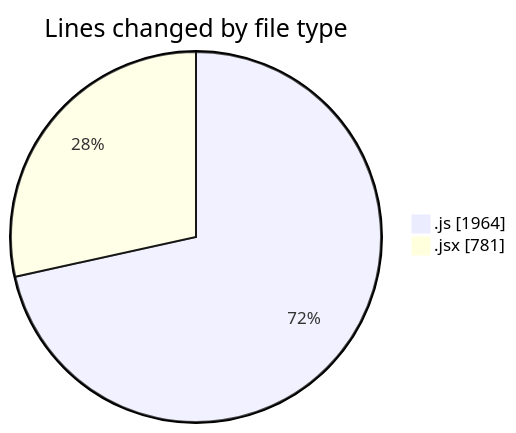
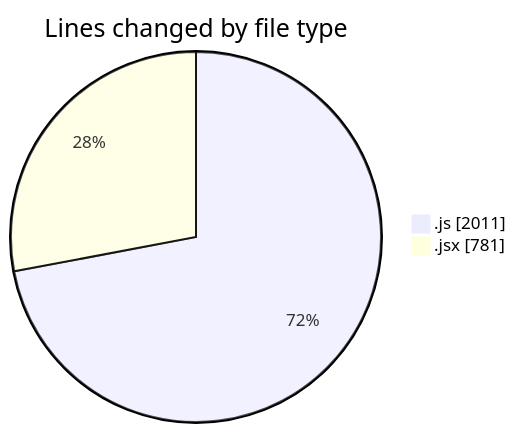
One commit to nxtqubesakshisongat/code-tracking changed the first of 2 diagrams in 2025-09-11/nxtqube_webapp/README.md. Above: the diagram before and after it, drawn with Mermaid. The commit also changed other lines of this file and 1 other file, not shown here.

````diff
--- a/2025-09-11/nxtqube_webapp/README.md
+++ b/2025-09-11/nxtqube_webapp/README.md
@@ -23,6 +24,6 @@
 ```mermaid
 pie showData
 title Lines changed by file type
-".js" : 1964
+".js" : 2011
 ".jsx" : 781
 ```
````
